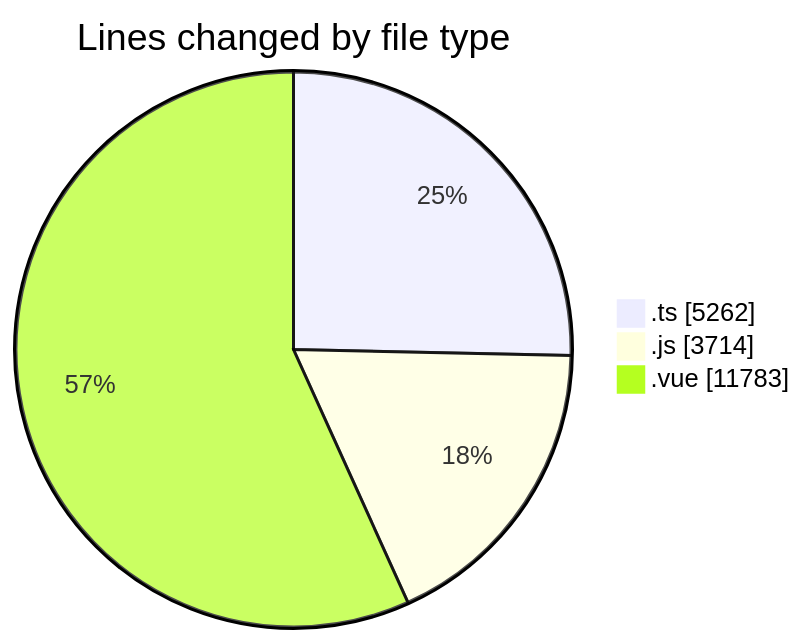
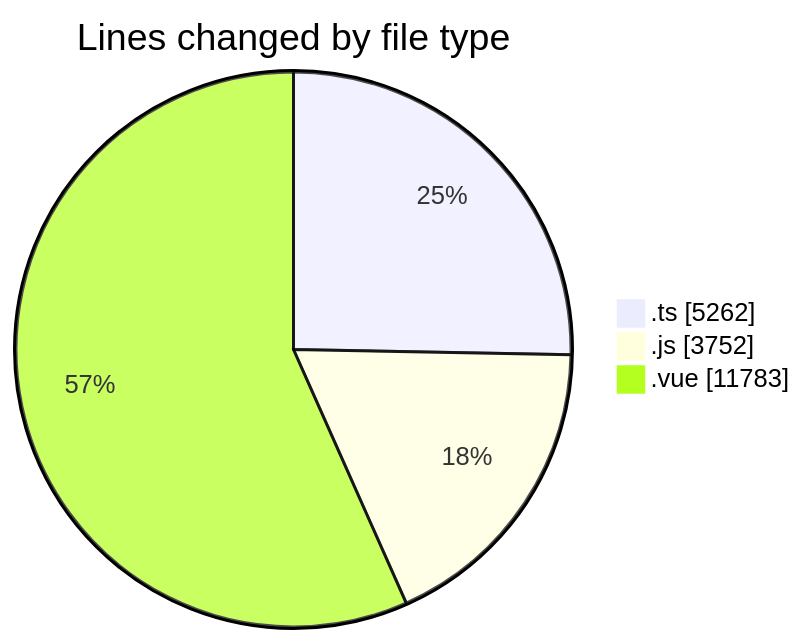
Before and after one commit to lephambinh05/code-tracking: the first of 2 diagrams in 2025-08-16/rentotp/README.md, drawn with Mermaid. The commit also changed other lines of this file and 1 other file, not shown here.

````diff
--- a/2025-08-16/rentotp/README.md
+++ b/2025-08-16/rentotp/README.md
@@ -87,7 +87,7 @@
 ```mermaid
 pie showData
 title Lines changed by file type
 ".ts" : 5262
-".js" : 3714
+".js" : 3752
 ".vue" : 11783
 ```
````
